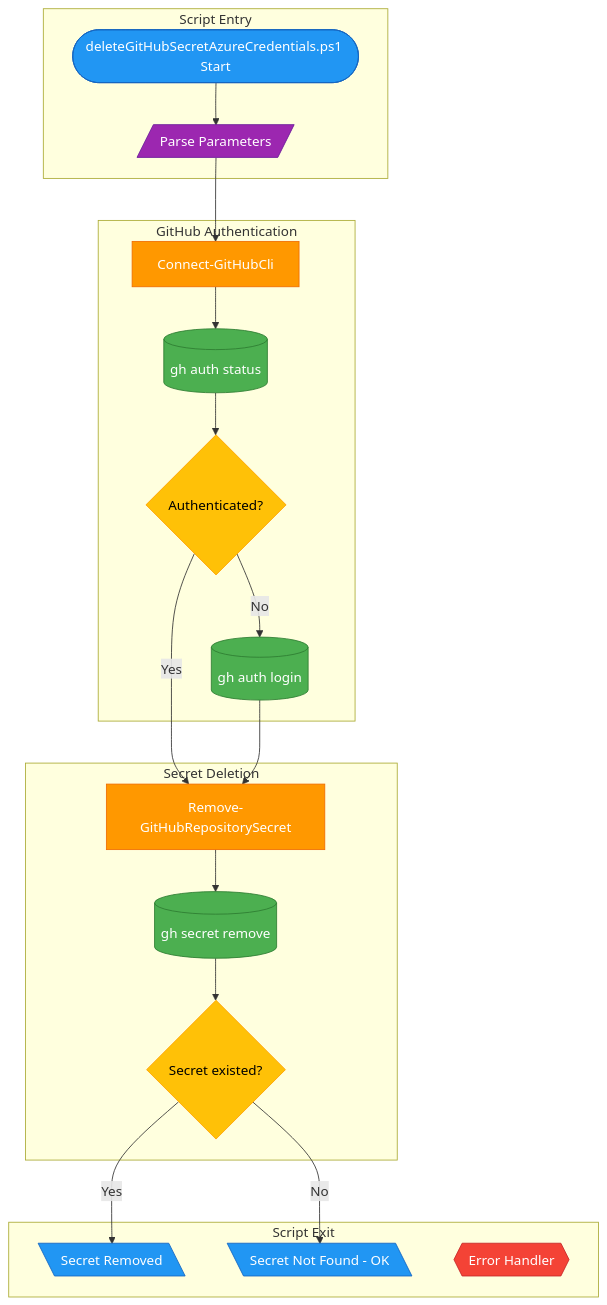
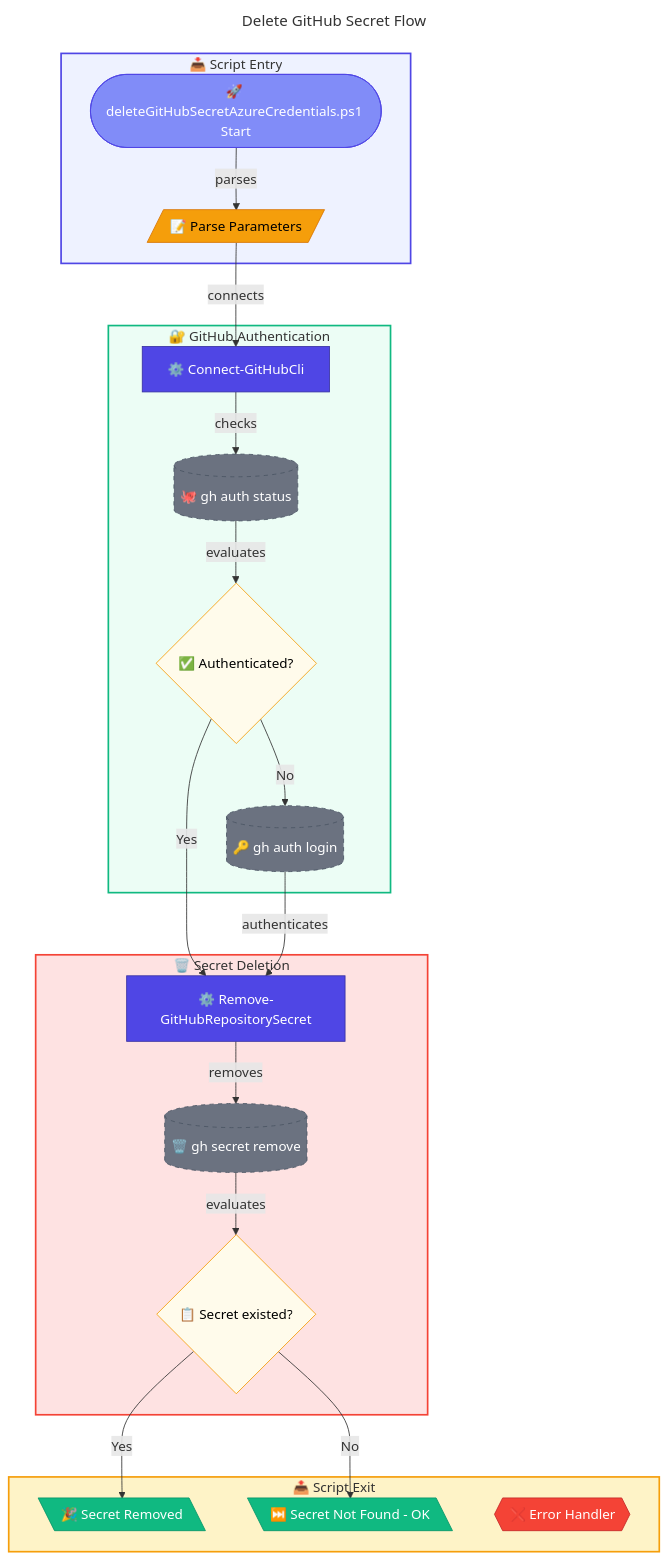
The diagram in docs/scripts/github/delete-github-secret-azure-credentials.md (Evilazaro/DevExp-DevBox), drawn with Mermaid before and after one commit. The commit also changed 1 other file, not shown here.

Commit message:
Enhance flow visualization documentation for createGitHubSecretAzureCredentials.ps1 and deleteGitHubSecretAzureCredentials.ps1 scripts by adding emojis, improving diagram styles, and refining connections for better clarity and navigation.

````diff
--- a/docs/scripts/github/delete-github-secret-azure-credentials.md
+++ b/docs/scripts/github/delete-github-secret-azure-credentials.md
@@ -63,41 +63,64 @@
 ```mermaid
+---
+title: Delete GitHub Secret Flow
+---
 flowchart TD
-    subgraph Entry["Script Entry"]
-        A([deleteGitHubSecretAzureCredentials.ps1 Start]):::entry
-        B[/"Parse Parameters"/]:::input
+    %% ===== SCRIPT ENTRY =====
+    subgraph Entry["📥 Script Entry"]
+        A(["🚀 deleteGitHubSecretAzureCredentials.ps1 Start"])
+        B[/"📝 Parse Parameters"/]
     end
     
-    subgraph Auth["GitHub Authentication"]
-        C["Connect-GitHubCli"]:::core
-        D[(gh auth status)]:::external
-        E{Authenticated?}:::decision
-        F[(gh auth login)]:::external
+    %% ===== GITHUB AUTHENTICATION =====
+    subgraph Auth["🔐 GitHub Authentication"]
+        C["⚙️ Connect-GitHubCli"]
+        D[("🐙 gh auth status")]
+        E{"✅ Authenticated?"}
+        F[("🔑 gh auth login")]
     end
     
-    subgraph SecretDeletion["Secret Deletion"]
-        G["Remove-GitHubRepositorySecret"]:::core
-        H[(gh secret remove)]:::external
-        I{Secret existed?}:::decision
+    %% ===== SECRET DELETION =====
+    subgraph SecretDeletion["🗑️ Secret Deletion"]
+        G["⚙️ Remove-GitHubRepositorySecret"]
+        H[("🗑️ gh secret remove")]
+        I{"📋 Secret existed?"}
     end
     
-    subgraph Exit["Script Exit"]
-        J[\Secret Removed\]:::output
-        K[\Secret Not Found - OK\]:::output
-        L{{Error Handler}}:::error
+    %% ===== SCRIPT EXIT =====
+    subgraph Exit["📤 Script Exit"]
+        J[\"🎉 Secret Removed"\]
+        K[\"⏭️ Secret Not Found - OK"\]
+        L{{"❌ Error Handler"}}
     end
     
-    A --> B --> C --> D --> E
+    %% ===== CONNECTIONS =====
+    A -->|parses| B -->|connects| C -->|checks| D -->|evaluates| E
     E -->|Yes| G
-    E -->|No| F --> G
-    G --> H --> I
+    E -->|No| F -->|authenticates| G
+    G -->|removes| H -->|evaluates| I
     I -->|Yes| J
     I -->|No| K
 
-    classDef entry fill:#2196F3,stroke:#1565C0,color:#fff
-    classDef input fill:#9C27B0,stroke:#6A1B9A,color:#fff
-    classDef core fill:#FF9800,stroke:#EF6C00,color:#fff
-    classDef external fill:#4CAF50,stroke:#2E7D32,color:#fff
-    classDef decision fill:#FFC107,stroke:#FFA000,color:#000
-    classDef output fill:#2196F3,stroke:#1565C0,color:#fff
-    classDef error fill:#F44336,stroke:#C62828,color:#fff
+    %% ===== STYLES =====
+    classDef trigger fill:#818CF8,stroke:#4F46E5,color:#FFFFFF
+    classDef input fill:#F59E0B,stroke:#D97706,color:#000000
+    classDef primary fill:#4F46E5,stroke:#3730A3,color:#FFFFFF
+    classDef external fill:#6B7280,stroke:#4B5563,color:#FFFFFF,stroke-dasharray:5 5
+    classDef decision fill:#FFFBEB,stroke:#F59E0B,color:#000000
+    classDef secondary fill:#10B981,stroke:#059669,color:#FFFFFF
+    classDef failed fill:#F44336,stroke:#C62828,color:#FFFFFF
+    
+    class A trigger
+    class B input
+    class C,G primary
+    class D,F,H external
+    class E,I decision
+    class J,K secondary
+    class L failed
+    
+    %% ===== SUBGRAPH STYLES =====
+    style Entry fill:#EEF2FF,stroke:#4F46E5,stroke-width:2px
+    style Auth fill:#ECFDF5,stroke:#10B981,stroke-width:2px
+    style SecretDeletion fill:#FEE2E2,stroke:#F44336,stroke-width:2px
+    style Exit fill:#FEF3C7,stroke:#F59E0B,stroke-width:2px
 ```
````
